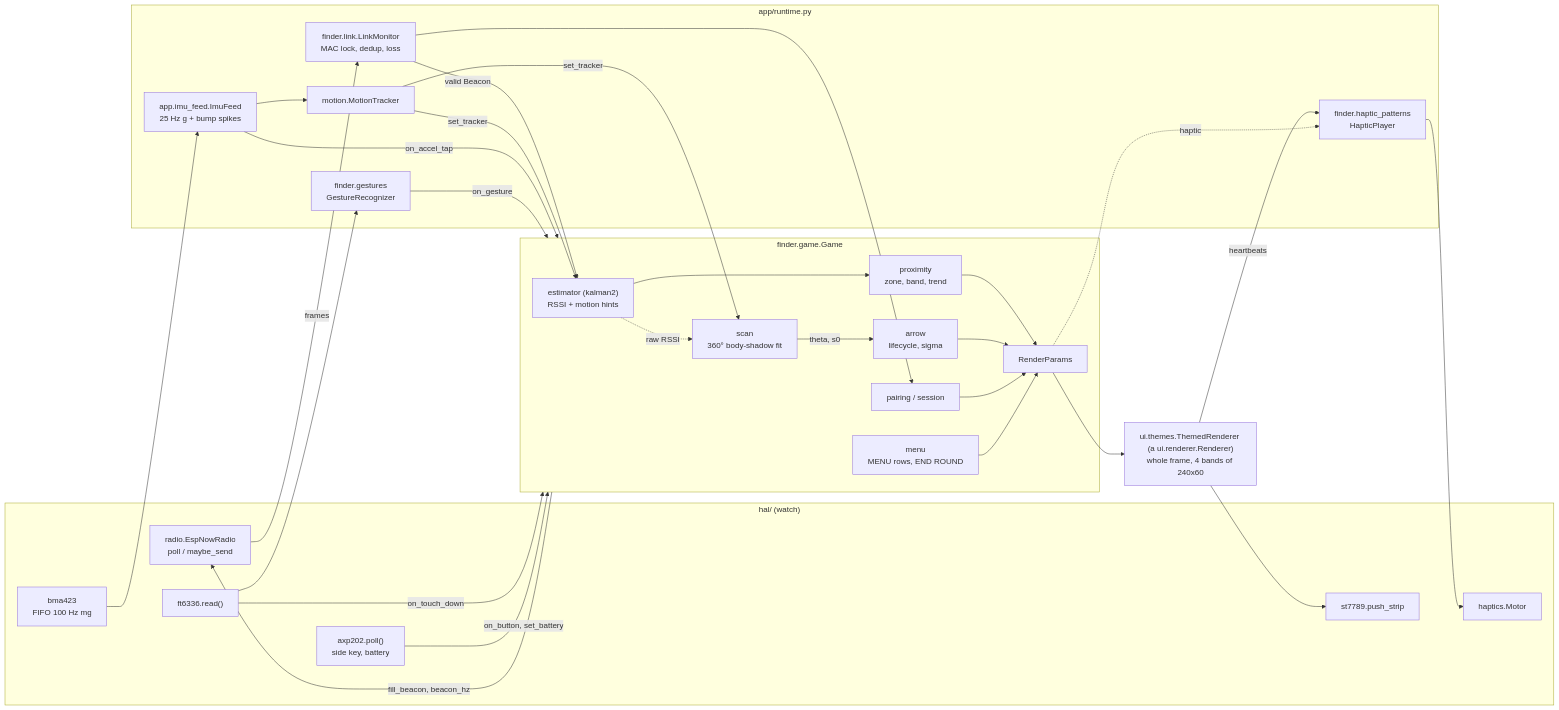
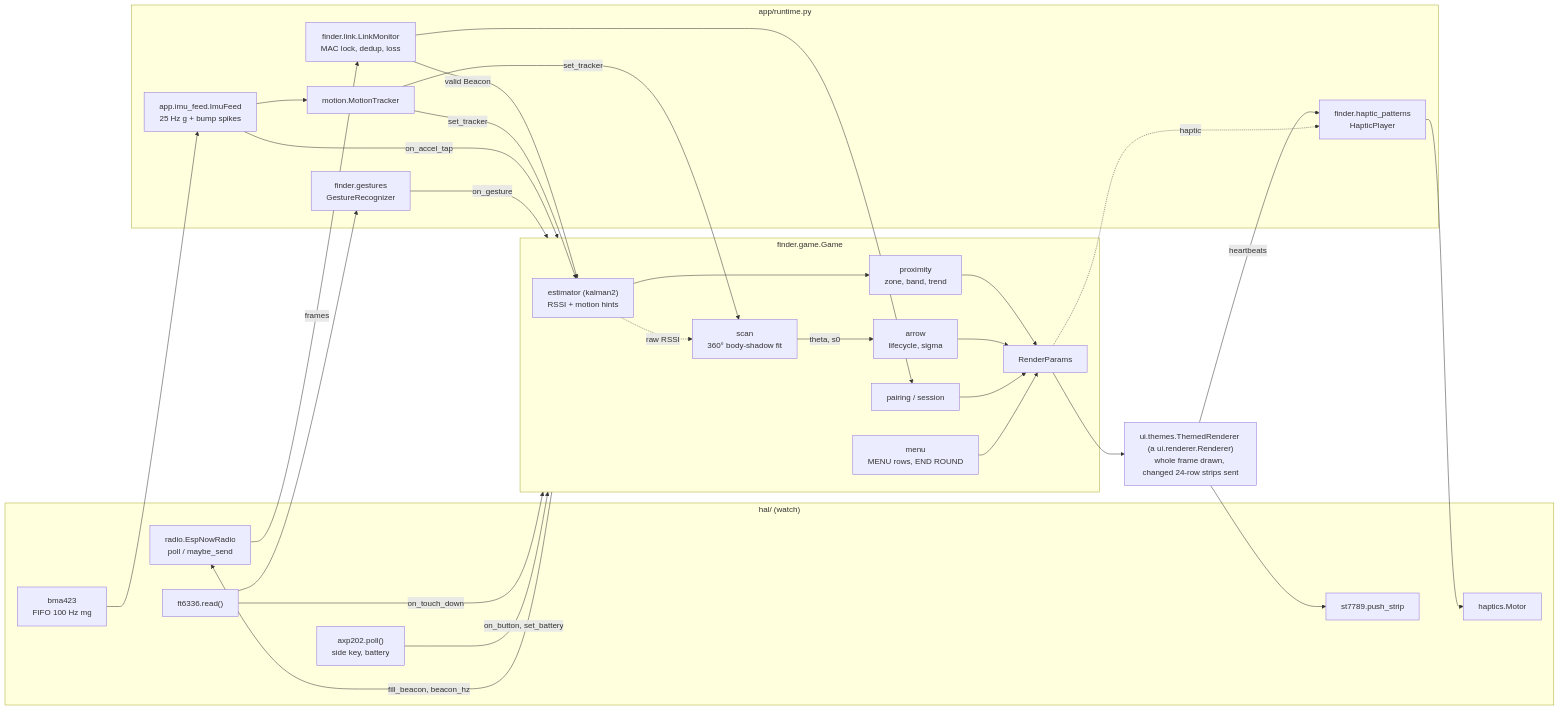
Before and after one commit to shogowarrior/watch-game: the first of 2 diagrams in docs/architecture.md, drawn with Mermaid. The commit also changed other lines of this file and 11 other files, not shown here.

First line of the commit message:
Push only the 24-row strips that changed since the last frame pushed

````diff
--- a/docs/architecture.md
+++ b/docs/architecture.md
@@ -43,51 +43,51 @@
 ```mermaid
 flowchart LR
   subgraph HW["hal/ (watch)"]
     RADIO["radio.EspNowRadio<br/>poll / maybe_send"]
     IMU["bma423<br/>FIFO 100 Hz mg"]
     TOUCH["ft6336.read()"]
     PEK["axp202.poll()<br/>side key, battery"]
     DISP["st7789.push_strip"]
     MOTOR["haptics.Motor"]
   end
 
   subgraph APP["app/runtime.py"]
     LINK["finder.link.LinkMonitor<br/>MAC lock, dedup, loss"]
     FEED["app.imu_feed.ImuFeed<br/>25 Hz g + bump spikes"]
     MT["motion.MotionTracker"]
     GEST["finder.gestures<br/>GestureRecognizer"]
     PLAYER["finder.haptic_patterns<br/>HapticPlayer"]
   end
 
   subgraph GAME["finder.game.Game"]
     EST["estimator (kalman2)<br/>RSSI + motion hints"]
     PX["proximity<br/>zone, band, trend"]
     SCAN["scan<br/>360° body-shadow fit"]
     ARROW["arrow<br/>lifecycle, sigma"]
     PAIR["pairing / session"]
     MENU["menu<br/>MENU rows, END ROUND"]
     RP["RenderParams"]
   end
 
   RADIO -->|frames| LINK -->|valid Beacon| EST
   LINK --> PAIR
   EST --> PX
   EST -.raw RSSI.-> SCAN
   SCAN -->|theta, s0| ARROW
   IMU --> FEED --> MT
   FEED -->|on_accel_tap| GAME
   MT -->|set_tracker| EST
   MT -->|set_tracker| SCAN
   TOUCH -->|on_touch_down| GAME
   TOUCH --> GEST -->|on_gesture| GAME
   PEK -->|on_button, set_battery| GAME
   PX --> RP
   ARROW --> RP
   PAIR --> RP
   MENU --> RP
-  RP --> REND["ui.themes.ThemedRenderer (a ui.renderer.Renderer)<br/>whole frame, 4 bands of 240x60"]
+  RP --> REND["ui.themes.ThemedRenderer (a ui.renderer.Renderer)<br/>whole frame drawn, changed 24-row strips sent"]
   REND --> DISP
   REND -->|heartbeats| PLAYER --> MOTOR
   RP -.->|haptic| PLAYER
   GAME -->|fill_beacon, beacon_hz| RADIO
 ```
````
